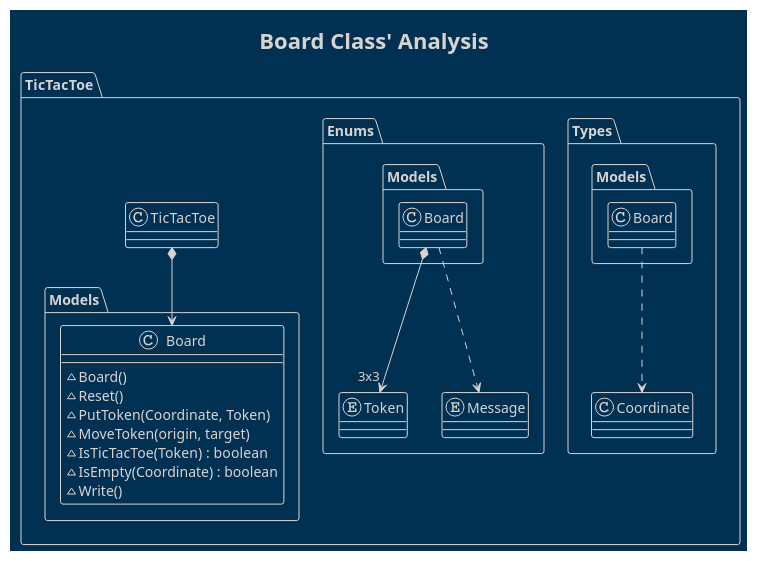
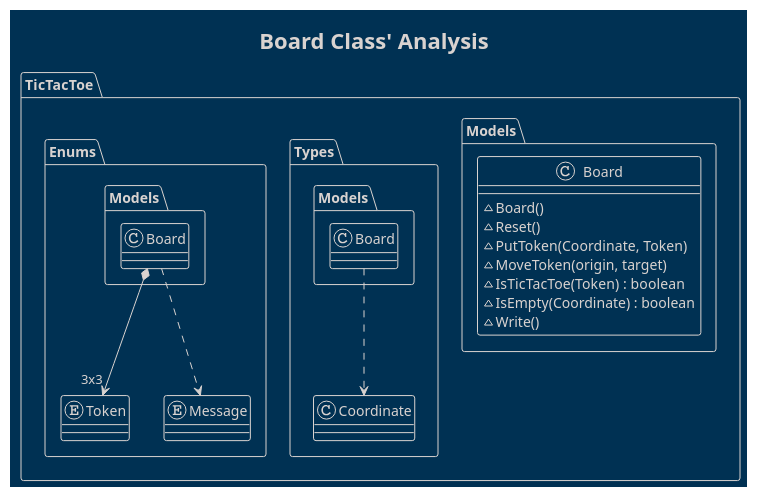
Before and after one commit to franpaulinoinfante/TicTacToe: the ninth of 13 diagrams in src/DomainModel/WithMachine/Docs/Anlysis.plantuml, drawn with PlantUML. The commit also changed other lines of this file, not shown here.

```diff
--- a/src/DomainModel/WithMachine/Docs/Anlysis.plantuml
+++ b/src/DomainModel/WithMachine/Docs/Anlysis.plantuml
@@ -244,35 +242,33 @@
 @startuml Board Class Analysis
     !theme blueprint
     title Board Class' Analysis
 
     package TicTacToe{
         namespace Models{
-            TicTacToe.TicTacToe *--> Board
-
             class Board{
                 ~Board()
                 ~Reset()
                 ~PutToken(Coordinate, Token)
                 ~MoveToken(origin, target)
                 ~IsTicTacToe(Token) : boolean
                 ~IsEmpty(Coordinate) : boolean
                 ~Write()
             }
         }
 
         namespace Types{
             class Coordinate{
             }
             Coordinate <.up. Models.Board
         }
 
         namespace Enums{
             enum Token{
             }
             Token "3x3" <-up-* Models.Board
             enum Message{
             }
             Message <.up. Models.Board
         }
     }
 @enduml
```
